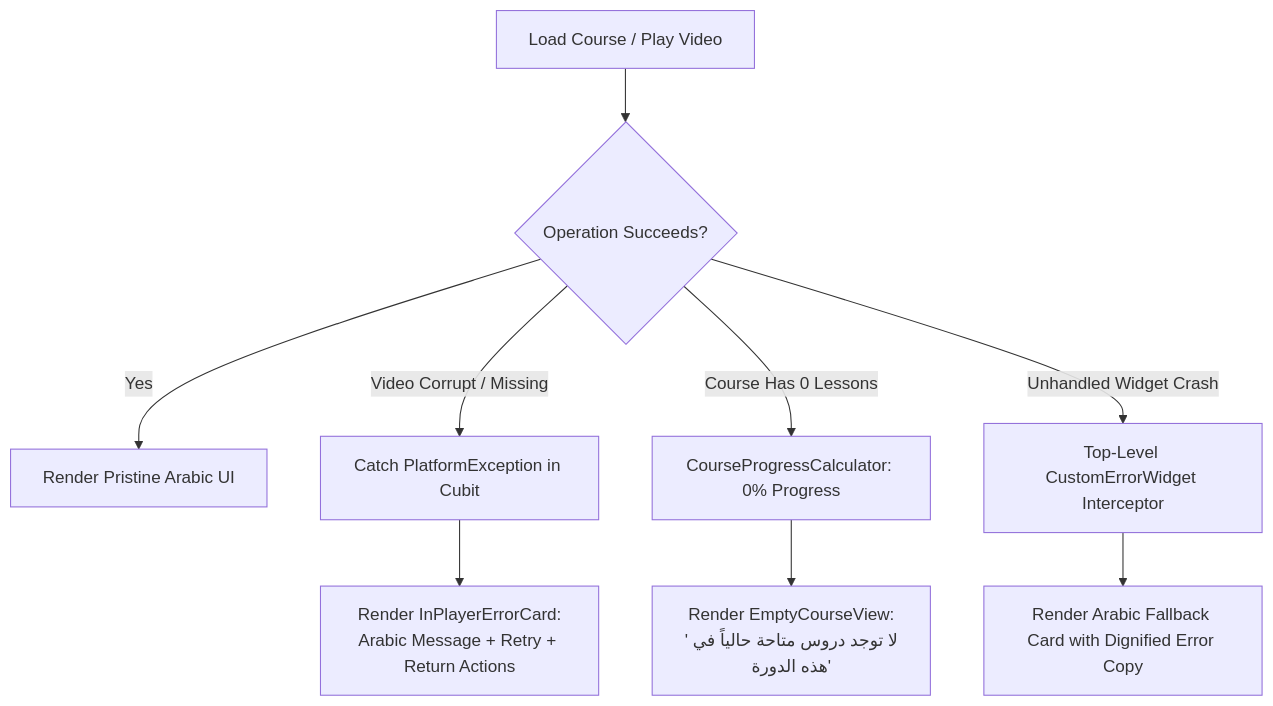
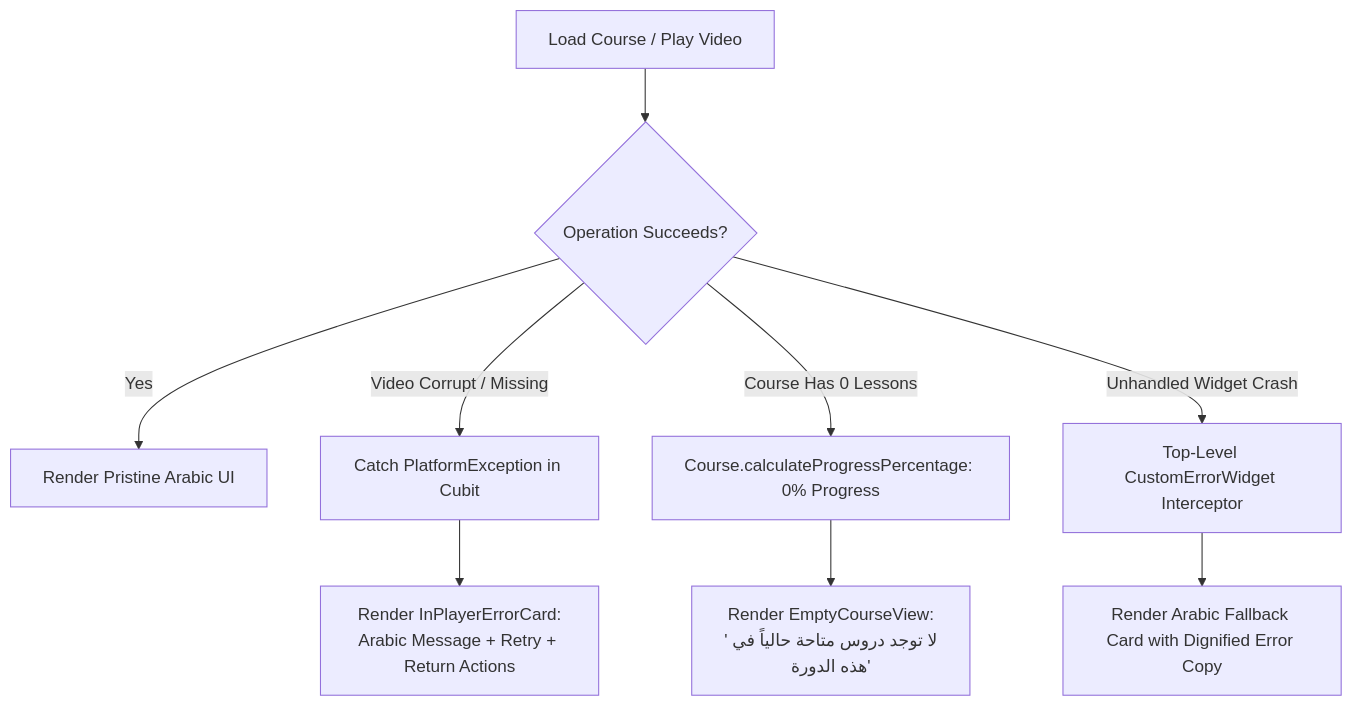
One commit to axah710/thaheen_lms changed the fifth of 6 diagrams in docs/general/system-flows.md. Above: the diagram before and after it, drawn with Mermaid. The commit also changed other lines of this file and 19 other files, not shown here.

````diff
--- a/docs/general/system-flows.md
+++ b/docs/general/system-flows.md
@@ -137,13 +135,13 @@
 ```mermaid
 flowchart TD
     Init[Load Course / Play Video] --> Check{Operation Succeeds?}
     Check -- Yes --> RenderUI[Render Pristine Arabic UI]
     Check -- Video Corrupt / Missing --> CatchInCubit[Catch PlatformException in Cubit]
     CatchInCubit --> InPlayerCard[Render InPlayerErrorCard:\nArabic Message + Retry + Return Actions]
     
-    Check -- Course Has 0 Lessons --> SafeCalc[CourseProgressCalculator: 0% Progress]
+    Check -- Course Has 0 Lessons --> SafeCalc[Course.calculateProgressPercentage: 0% Progress]
     SafeCalc --> EmptyView[Render EmptyCourseView:\n'لا توجد دروس متاحة حالياً في هذه الدورة']
     
     Check -- Unhandled Widget Crash --> Boundary[Top-Level CustomErrorWidget Interceptor]
     Boundary --> CrashCard[Render Arabic Fallback Card with Dignified Error Copy]
 ```
````
